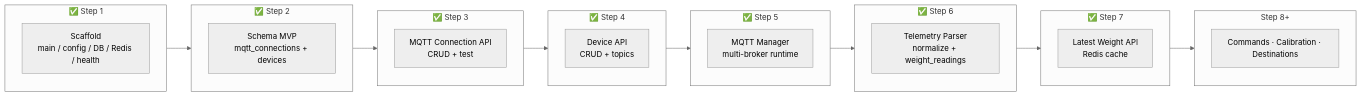
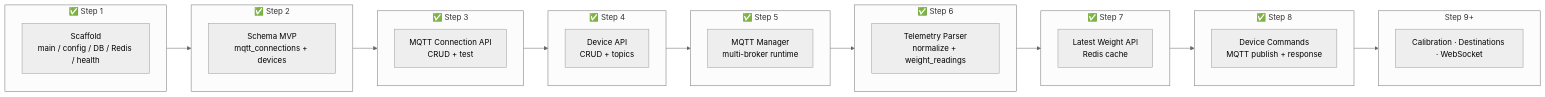
One commit to kukiat/atk-store changed the diagram in documents/multi-device-load-cell-platform.md. Above: the diagram before and after it, drawn with Mermaid (neutral theme). The commit also changed other lines of this file and 14 other files, not shown here.

````diff
--- a/documents/multi-device-load-cell-platform.md
+++ b/documents/multi-device-load-cell-platform.md
@@ -1706,29 +1706,32 @@
 ```mermaid
 flowchart LR
     subgraph STEP1["✅ Step 1"]
         S1["Scaffold<br/>main / config / DB / Redis / health"]
     end
     subgraph STEP2["✅ Step 2"]
         S2["Schema MVP<br/>mqtt_connections + devices"]
     end
     subgraph STEP3["✅ Step 3"]
         S3["MQTT Connection API<br/>CRUD + test"]
     end
     subgraph STEP4["✅ Step 4"]
         S4["Device API<br/>CRUD + topics"]
     end
     subgraph STEP5["✅ Step 5"]
         S5["MQTT Manager<br/>multi-broker runtime"]
     end
     subgraph STEP6["✅ Step 6"]
         S6A["Telemetry Parser<br/>normalize + weight_readings"]
     end
     subgraph STEP7["✅ Step 7"]
         S7A["Latest Weight API<br/>Redis cache"]
     end
-    subgraph STEP8["Step 8+"]
-        S8["Commands · Calibration · Destinations"]
+    subgraph STEP8["✅ Step 8"]
+        S8A["Device Commands<br/>MQTT publish + response"]
+    end
+    subgraph STEP9["Step 9+"]
+        S9["Calibration · Destinations · WebSocket"]
     end
 
-    STEP1 --> STEP2 --> STEP3 --> STEP4 --> STEP5 --> STEP6 --> STEP7 --> STEP8
+    STEP1 --> STEP2 --> STEP3 --> STEP4 --> STEP5 --> STEP6 --> STEP7 --> STEP8 --> STEP9
 ```
````
